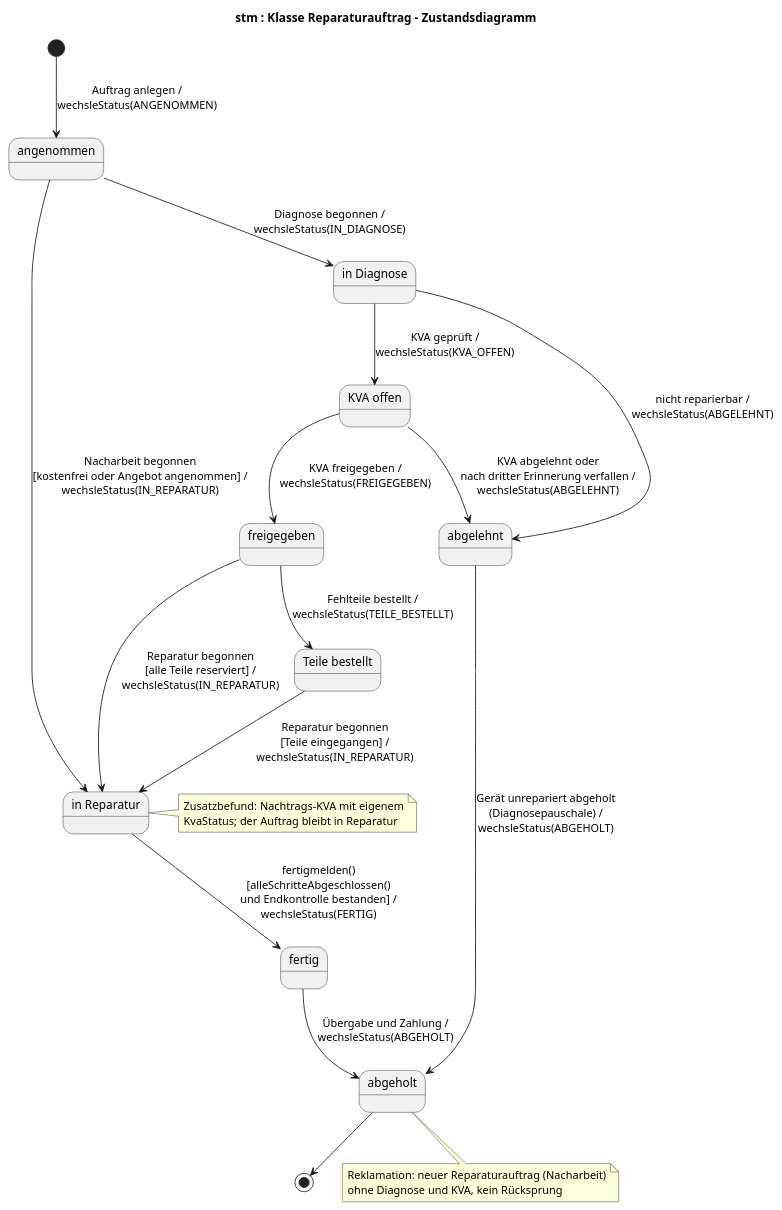
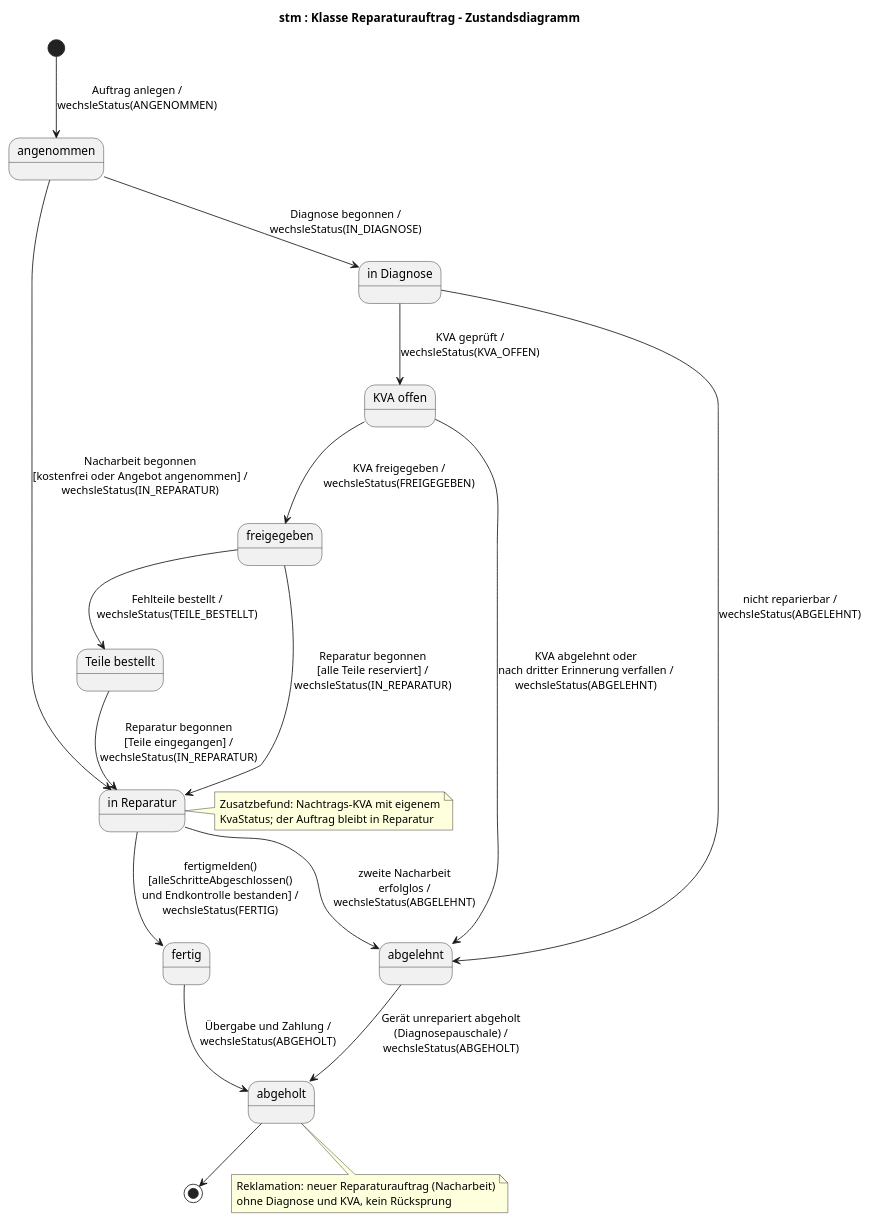
The diagram in uml/zustand-reparaturauftrag.puml (jakobschwan123-cmd/casestudy-semester-3), drawn with PlantUML before and after one commit. The commit also changed 10 other files, not shown here.

```diff
--- a/uml/zustand-reparaturauftrag.puml
+++ b/uml/zustand-reparaturauftrag.puml
@@ -1,35 +1,36 @@
 @startuml
 title stm : Klasse Reparaturauftrag – Zustandsdiagramm
 skinparam defaultFontName Arial
 state "angenommen" as angenommen
 state "in Diagnose" as inDiagnose
 state "KVA offen" as kvaOffen
 state "freigegeben" as freigegeben
 state "abgelehnt" as abgelehnt
 state "Teile bestellt" as teileBestellt
 state "in Reparatur" as inReparatur
 state "fertig" as fertig
 state "abgeholt" as abgeholt
 [*] --> angenommen : Auftrag anlegen /\nwechsleStatus(ANGENOMMEN)
 angenommen --> inDiagnose : Diagnose begonnen /\nwechsleStatus(IN_DIAGNOSE)
 inDiagnose --> kvaOffen : KVA geprüft /\nwechsleStatus(KVA_OFFEN)
 inDiagnose --> abgelehnt : nicht reparierbar /\nwechsleStatus(ABGELEHNT)
 kvaOffen --> freigegeben : KVA freigegeben /\nwechsleStatus(FREIGEGEBEN)
 kvaOffen --> abgelehnt : KVA abgelehnt oder\nnach dritter Erinnerung verfallen /\nwechsleStatus(ABGELEHNT)
 freigegeben --> teileBestellt : Fehlteile bestellt /\nwechsleStatus(TEILE_BESTELLT)
 freigegeben --> inReparatur : Reparatur begonnen\n[alle Teile reserviert] /\nwechsleStatus(IN_REPARATUR)
 teileBestellt --> inReparatur : Reparatur begonnen\n[Teile eingegangen] /\nwechsleStatus(IN_REPARATUR)
 angenommen --> inReparatur : Nacharbeit begonnen\n[kostenfrei oder Angebot angenommen] /\nwechsleStatus(IN_REPARATUR)
+inReparatur --> abgelehnt : zweite Nacharbeit\nerfolglos /\nwechsleStatus(ABGELEHNT)
 inReparatur --> fertig : fertigmelden()\n[alleSchritteAbgeschlossen()\nund Endkontrolle bestanden] /\nwechsleStatus(FERTIG)
 fertig --> abgeholt : Übergabe und Zahlung /\nwechsleStatus(ABGEHOLT)
 abgelehnt --> abgeholt : Gerät unrepariert abgeholt\n(Diagnosepauschale) /\nwechsleStatus(ABGEHOLT)
 abgeholt --> [*]
 note right of inReparatur
   Zusatzbefund: Nachtrags-KVA mit eigenem
   KvaStatus; der Auftrag bleibt in Reparatur
 end note
 note bottom of abgeholt
   Reklamation: neuer Reparaturauftrag (Nacharbeit)
   ohne Diagnose und KVA, kein Rücksprung
 end note
 @enduml
```
